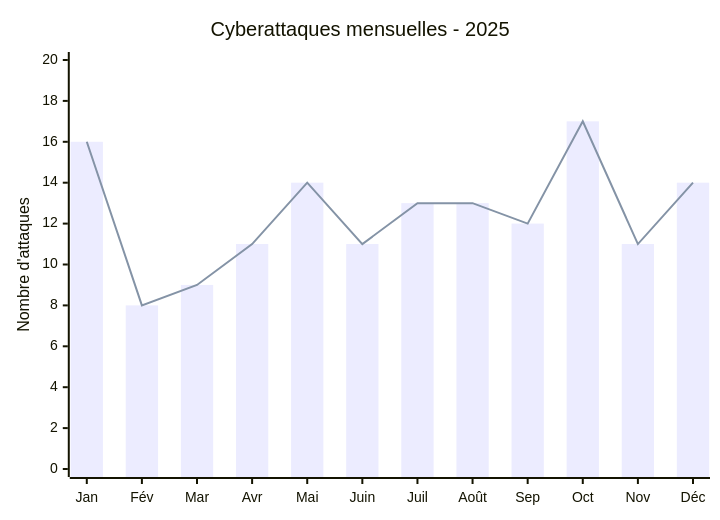
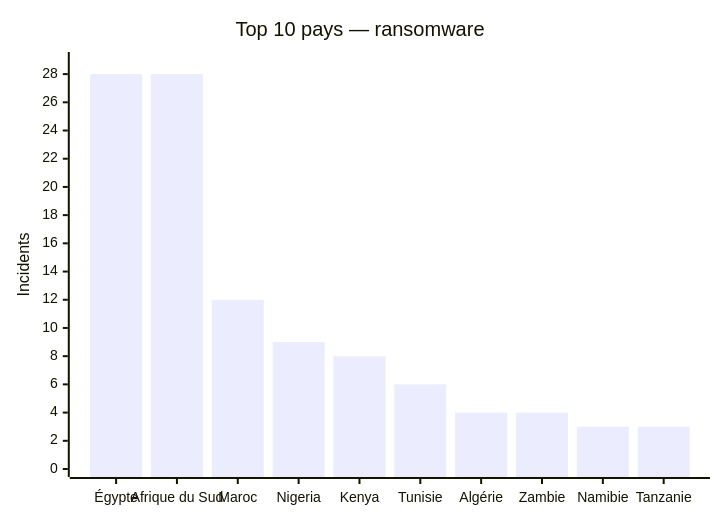
One commit to Hatchepsoute/AFRINTEL changed the second of 3 diagrams in CyberAttackAfrica/2025/README_FR.md. Above: the diagram before and after it, drawn with Mermaid. The commit also changed other lines of this file and 255 other files, not shown here.

````diff
--- a/CyberAttackAfrica/2025/README_FR.md
+++ b/CyberAttackAfrica/2025/README_FR.md
@@ -31,8 +254,7 @@
 ```mermaid
 xychart-beta
-    title "Cyberattaques mensuelles - 2025"
-    x-axis ["Jan", "Fév", "Mar", "Avr", "Mai", "Juin", "Juil", "Août", "Sep", "Oct", "Nov", "Déc"]
-    y-axis "Nombre d'attaques" 0 --> 20
-    bar [16, 8, 9, 11, 14, 11, 13, 13, 12, 17, 11, 14]
-    line [16, 8, 9, 11, 14, 11, 13, 13, 12, 17, 11, 14]
+    title "Top 10 pays — ransomware"
+    x-axis ["Égypte", "Afrique du Sud", "Maroc", "Nigeria", "Kenya", "Tunisie", "Algérie", "Zambie", "Namibie", "Tanzanie"]
+    y-axis "Incidents" 0 --> 29
+    bar [28, 28, 12, 9, 8, 6, 4, 4, 3, 3]
 ```
````
